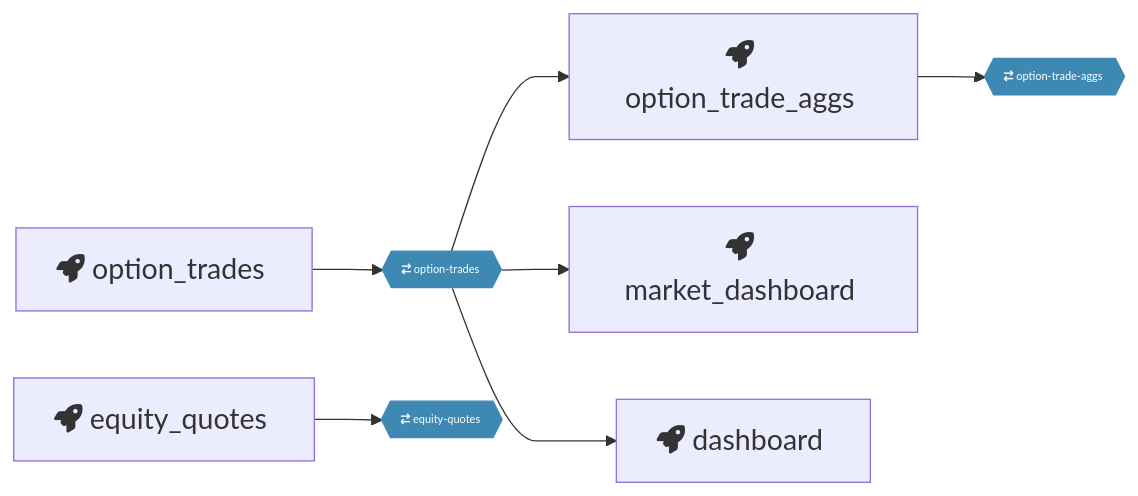
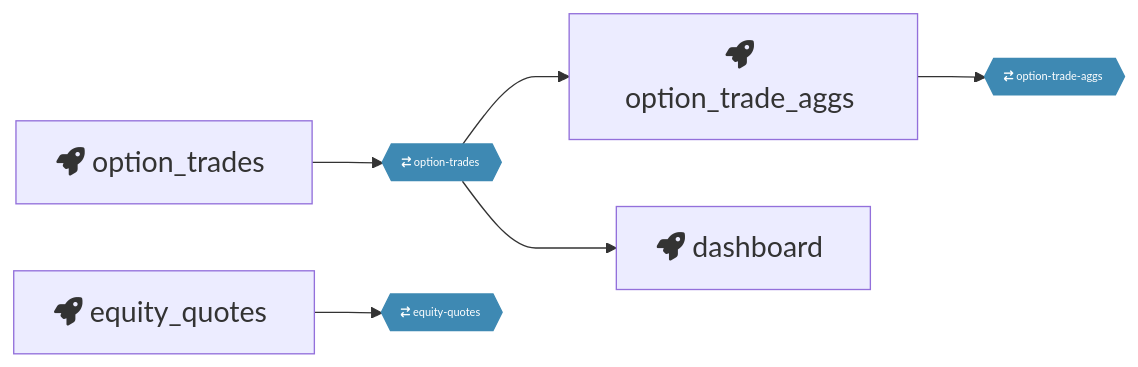
Before and after one commit to macanderson/ts-data-pipeline: the diagram in pipeline.md, drawn with Mermaid. The commit also changed 13 other files, not shown here.

````diff
--- a/pipeline.md
+++ b/pipeline.md
@@ -1,17 +1,16 @@
 ```mermaid
 %%{ init: { 'flowchart': { 'curve': 'monotoneX' } } }%%
 graph LR;
 option_trades[fa:fa-rocket option_trades &#8205] --> option-trades{{ fa:fa-arrow-right-arrow-left option-trades &#8205}}:::topic;
 option-trades{{ fa:fa-arrow-right-arrow-left option-trades &#8205}}:::topic --> option_trade_aggs[fa:fa-rocket option_trade_aggs &#8205];
 option_trade_aggs[fa:fa-rocket option_trade_aggs &#8205] --> option-trade-aggs{{ fa:fa-arrow-right-arrow-left option-trade-aggs &#8205}}:::topic;
-option-trades{{ fa:fa-arrow-right-arrow-left option-trades &#8205}}:::topic --> market_dashboard[fa:fa-rocket market_dashboard &#8205];
 equity_quotes[fa:fa-rocket equity_quotes &#8205] --> equity-quotes{{ fa:fa-arrow-right-arrow-left equity-quotes &#8205}}:::topic;
 option-trades{{ fa:fa-arrow-right-arrow-left option-trades &#8205}}:::topic --> dashboard[fa:fa-rocket dashboard &#8205];
 
 
 classDef default font-size:110%;
 classDef topic font-size:80%;
 classDef topic fill:#3E89B3;
 classDef topic stroke:#3E89B3;
 classDef topic color:white;
 ```
````
